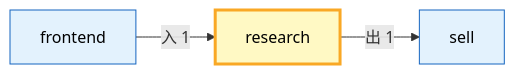
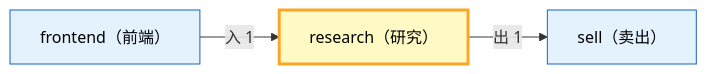
One commit to xuanFelixVan/ZephyrAlpha changed the second of 2 diagrams in docs/02_enterprise_architecture/06_decision_architecture/09_decision_l2a_research.md. Above: the diagram before and after it, drawn with Mermaid. The commit also changed other lines of this file and 22 other files, not shown here.

First line of the commit message:
docs(decision_arch): 双语标题+跨域图+索引表头跳转链接

````diff
--- a/docs/02_enterprise_architecture/06_decision_architecture/09_decision_l2a_research.md
+++ b/docs/02_enterprise_architecture/06_decision_architecture/09_decision_l2a_research.md
@@ -105,11 +105,11 @@
 ```mermaid
 flowchart LR
-    SELF["research"]:::selfDomain
-    EXT_sell["sell"]:::extDomain
+    SELF["research（研究）"]:::selfDomain
+    EXT_sell["sell（卖出）"]:::extDomain
     SELF -->|出 1| EXT_sell
-    EXT_frontend["frontend"]:::extDomain
+    EXT_frontend["frontend（前端）"]:::extDomain
     EXT_frontend -->|入 1| SELF
 
     classDef selfDomain fill:#fff9c4,stroke:#f9a825,stroke-width:3px,color:#000
     classDef extDomain fill:#e3f2fd,stroke:#1565c0,stroke-width:1px,color:#000
 ```
````
